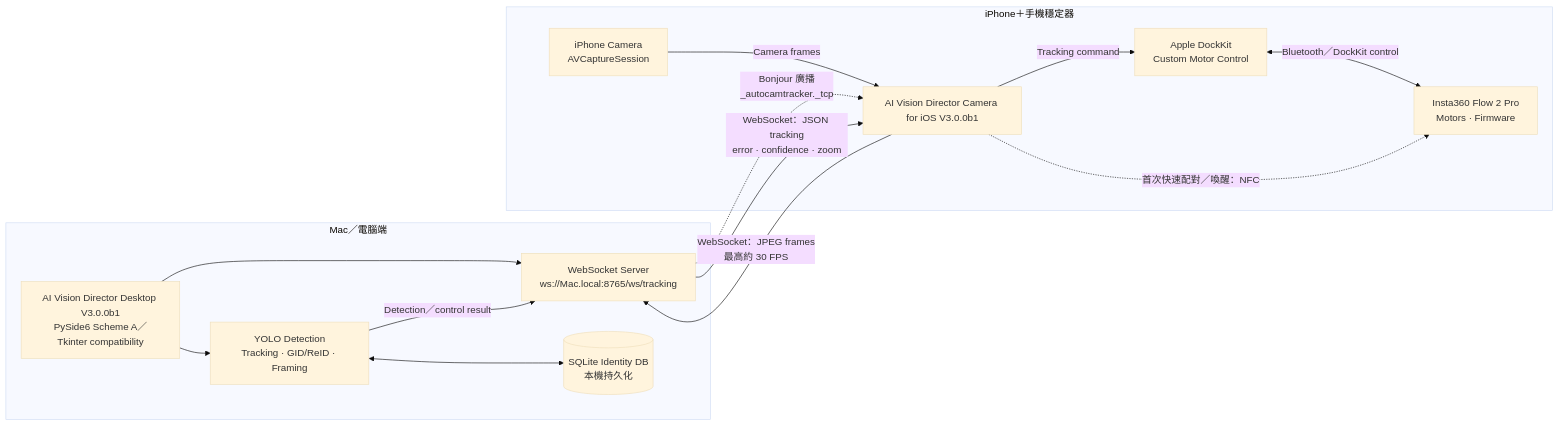
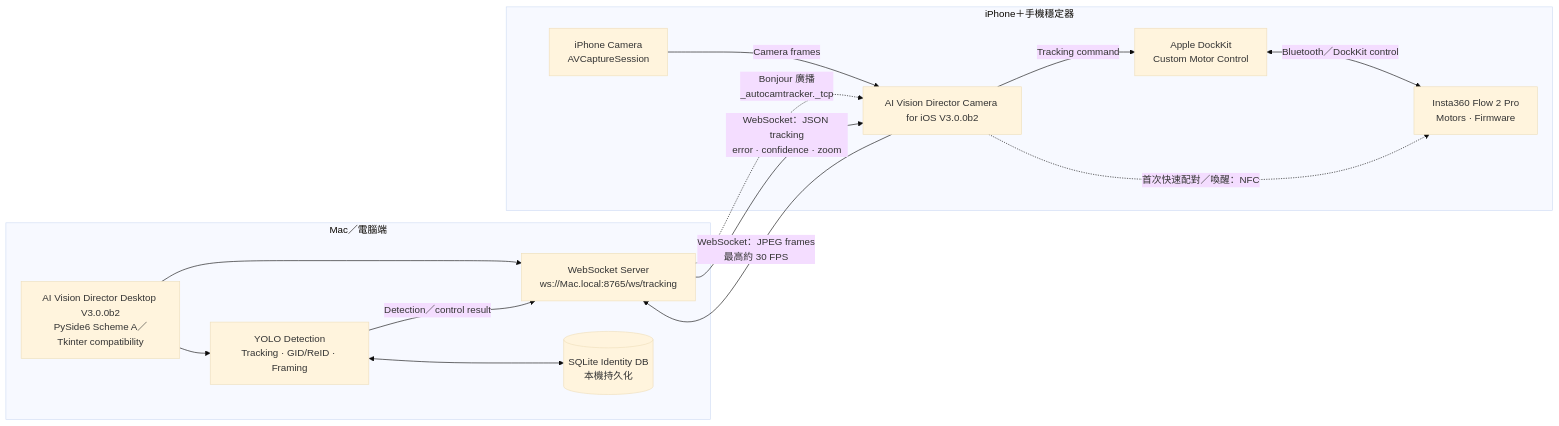
Before and after one commit to LN-676/AI-Vision-Director: the first of 3 diagrams in README.md, drawn with Mermaid (base theme). The commit also changed other lines of this file and 20 other files, not shown here.

Commit message:
release: AI Vision Director V3.0.0b2

````diff
--- a/README.md
+++ b/README.md
@@ -22,30 +22,30 @@
 ```mermaid
 flowchart LR
     subgraph COMPUTER["Mac／電腦端"]
-        DESKTOP["AI Vision Director Desktop V3.0.0b1<br/>PySide6 Scheme A／Tkinter compatibility"]
+        DESKTOP["AI Vision Director Desktop V3.0.0b2<br/>PySide6 Scheme A／Tkinter compatibility"]
         SERVER["WebSocket Server<br/>ws://Mac.local:8765/ws/tracking"]
         AI["YOLO Detection<br/>Tracking · GID/ReID · Framing"]
         DB[("SQLite Identity DB<br/>本機持久化")]
 
         DESKTOP --> SERVER
         DESKTOP --> AI
         AI <--> DB
     end
 
     subgraph MOBILE["iPhone＋手機穩定器"]
-        IOS["AI Vision Director Camera for iOS V3.0.0b1"]
+        IOS["AI Vision Director Camera for iOS V3.0.0b2"]
         CAMERA["iPhone Camera<br/>AVCaptureSession"]
         DOCKKIT["Apple DockKit<br/>Custom Motor Control"]
         GIMBAL["Insta360 Flow 2 Pro<br/>Motors · Firmware"]
 
         CAMERA -->|"Camera frames"| IOS
         IOS -->|"Tracking command"| DOCKKIT
         DOCKKIT <-->|"Bluetooth／DockKit control"| GIMBAL
         IOS -.->|"首次快速配對／喚醒：NFC"| GIMBAL
     end
 
     SERVER -.->|"Bonjour 廣播<br/>_autocamtracker._tcp"| IOS
     IOS -->|"WebSocket：JPEG frames<br/>最高約 30 FPS"| SERVER
     SERVER -->|"WebSocket：JSON tracking<br/>error · confidence · zoom"| IOS
     AI -->|"Detection／control result"| SERVER
 ```
````
